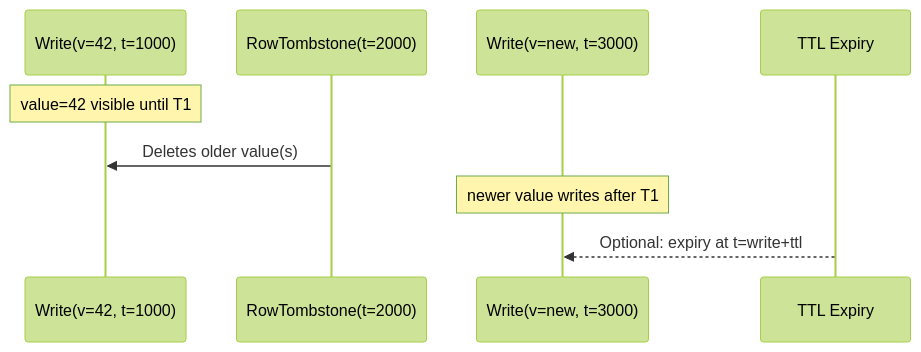
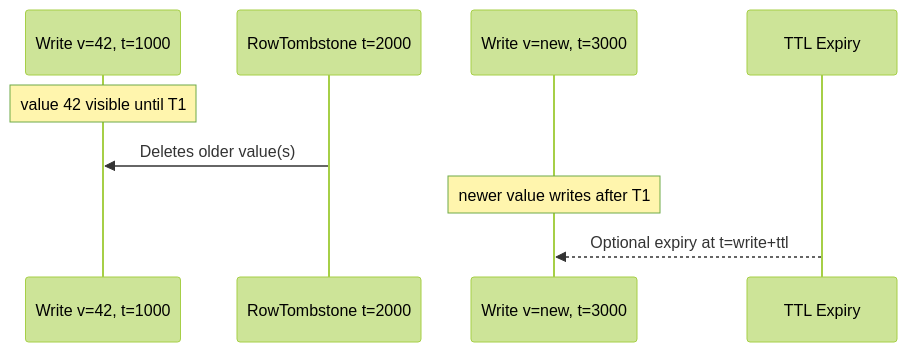
Before and after one commit to pmcfadin/cqlite: the diagram in docs/sstables-definitive-guide/diagrams/tombstone-timeline.mmd, drawn with Mermaid (forest theme). The commit also changed 67 other files, not shown here.

```diff
--- a/docs/sstables-definitive-guide/diagrams/tombstone-timeline.mmd
+++ b/docs/sstables-definitive-guide/diagrams/tombstone-timeline.mmd
@@ -1,13 +1,13 @@
 %% Tombstone timeline and shadowing
 %% Alt: Timeline of writes, tombstones, TTL expiry across generations
 %% Caption: Newer writes can shadow older tombstones; TTLs expire visibility over time
 sequenceDiagram
-  participant W1 as Write(v=42, t=1000)
-  participant T1 as RowTombstone(t=2000)
-  participant W2 as Write(v=new, t=3000)
+  participant W1 as Write v=42, t=1000
+  participant T1 as RowTombstone t=2000
+  participant W2 as Write v=new, t=3000
   participant TTL as TTL Expiry
 
-  Note over W1: value=42 visible until T1
+  Note over W1: value 42 visible until T1
   T1->>W1: Deletes older value(s)
   Note over W2: newer value writes after T1
-  TTL-->>W2: Optional: expiry at t=write+ttl
+  TTL-->>W2: Optional expiry at t=write+ttl
```
